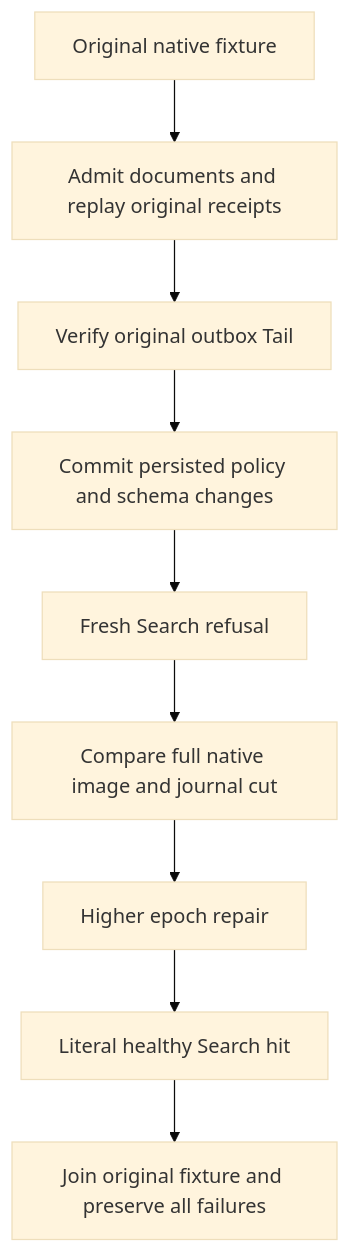
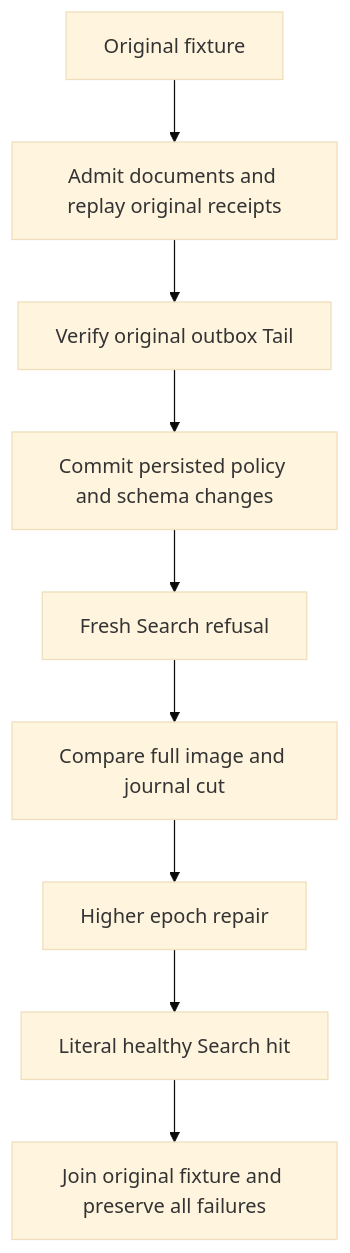
Before and after one commit to managedcode/KeyLoad: the first of 2 diagrams in docs/Features/Search/Bm25InvalidationDependencies.md, drawn with Mermaid (base theme). The commit also changed other lines of this file and 9016 other files, not shown here.

````diff
--- a/docs/Features/Search/Bm25InvalidationDependencies.md
+++ b/docs/Features/Search/Bm25InvalidationDependencies.md
@@ -9,11 +9,11 @@
 ```mermaid
 flowchart TD
-  N[Original native fixture] --> M[Admit documents and replay original receipts]
+  N[Original fixture] --> M[Admit documents and replay original receipts]
   M --> O[Verify original outbox Tail]
   O --> P[Commit persisted policy and schema changes]
   P --> D[Fresh Search refusal]
-  D --> I[Compare full native image and journal cut]
+  D --> I[Compare full image and journal cut]
   I --> R[Higher epoch repair]
   R --> H[Literal healthy Search hit]
   H --> J[Join original fixture and preserve all failures]
 ```
````
